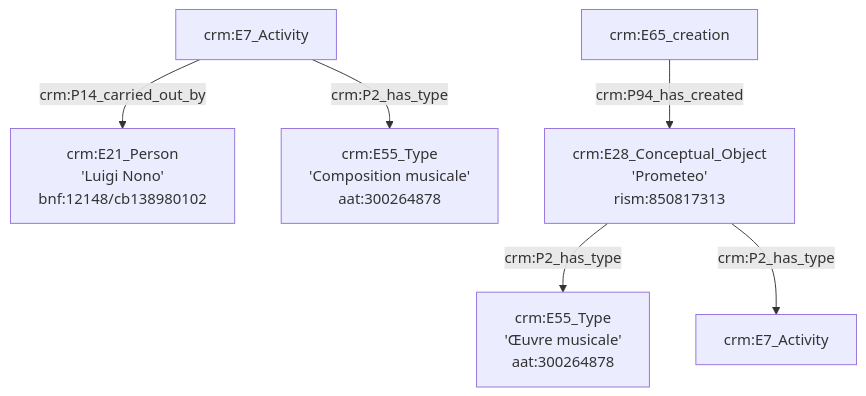
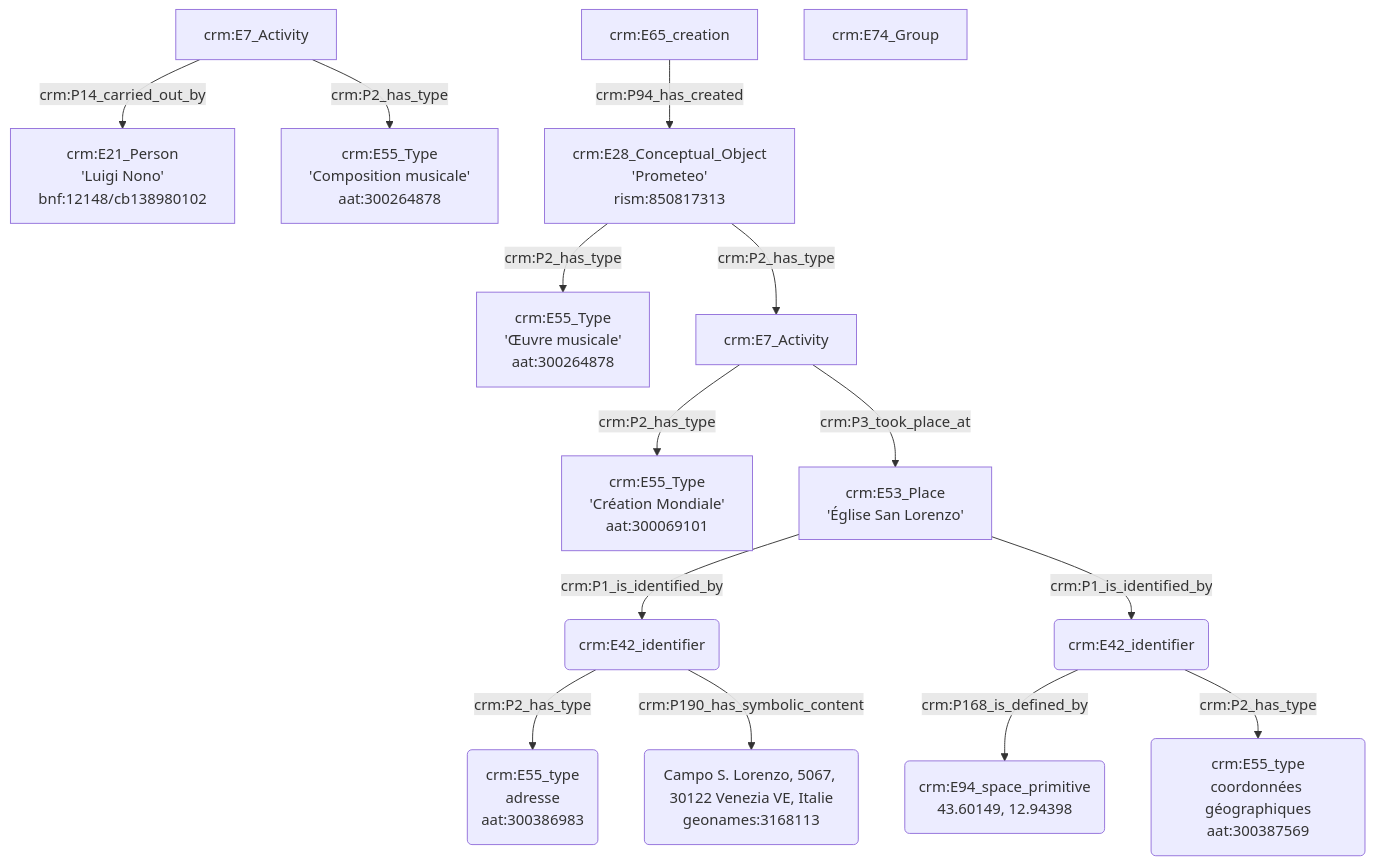
One commit to GusBraud/OntoMatchGameGus changed the first of 2 diagrams in Exemple1.md. Above: the diagram before and after it, drawn with Mermaid.

````diff
--- a/Exemple1.md
+++ b/Exemple1.md
@@ -1,13 +1,23 @@
 ```mermaid
 graph TD;
 
 
 A[crm:E7_Activity] --> |crm:P14_carried_out_by| B[crm:E21_Person<br>'Luigi Nono'<br>bnf:12148/cb138980102]
 A[crm:E7_Activity] --> |crm:P2_has_type| C[crm:E55_Type<br>'Composition musicale'<br>aat:300264878]
 
 D[crm:E65_creation] --> |crm:P94_has_created| E[crm:E28_Conceptual_Object<br>'Prometeo'<br>rism:850817313]
 E[crm:E28_Conceptual_Object<br>'Prometeo'<br>rism:850817313] --> |crm:P2_has_type| F[crm:E55_Type<br>'Œuvre musicale'<br>aat:300264878]
 E[crm:E28_Conceptual_Object<br>'Prometeo'<br>rism:850817313] --> |crm:P2_has_type| G[crm:E7_Activity]
+G[crm:E7_Activity] --> |crm:P2_has_type| H[crm:E55_Type<br>'Création Mondiale'<br>aat:300069101]
+G[crm:E7_Activity] --> |crm:P3_took_place_at| I[crm:E53_Place<br>'Église San Lorenzo']
+I[crm:E53_Place<br>'Église San Lorenzo'] -->|crm:P1_is_identified_by| J(crm:E42_identifier)
+J(crm:E42_identifier) --> |crm:P2_has_type| K(crm:E55_type<br>adresse<br>aat:300386983)
+J(crm:E42_identifier) --> |crm:P190_has_symbolic_content| L(Campo S. Lorenzo, 5067, 30122 Venezia VE, Italie<br>geonames:3168113)
+I[crm:E53_Place<br>'Église San Lorenzo'] --> |crm:P1_is_identified_by| M(crm:E42_identifier)
+M(crm:E42_identifier) --> |crm:P168_is_defined_by| N(crm:E94_space_primitive<br>43.60149, 12.94398)
+M(crm:E42_identifier) --> |crm:P2_has_type| O(crm:E55_type<br>coordonnées géographiques<br>aat:300387569)
+
+crm:E74_Group
 
 
 ```
````
